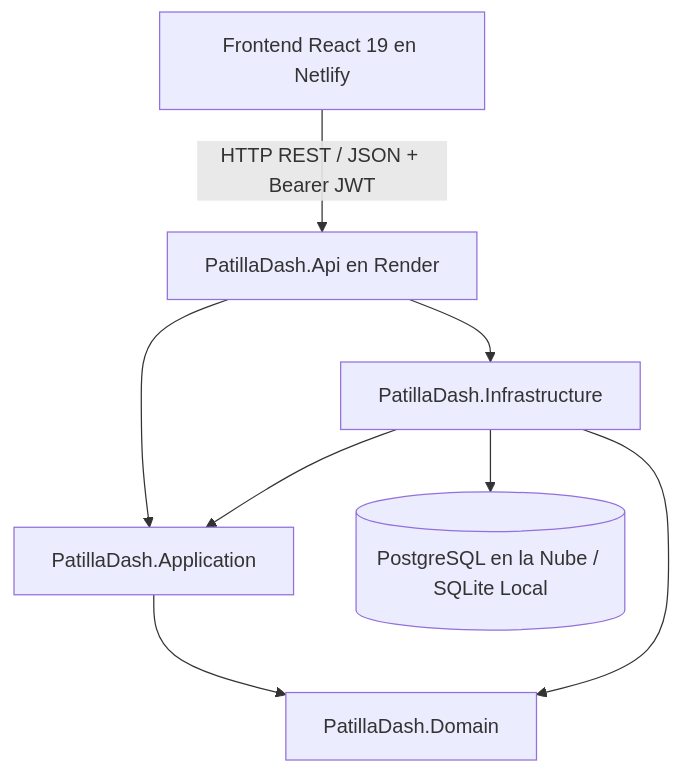
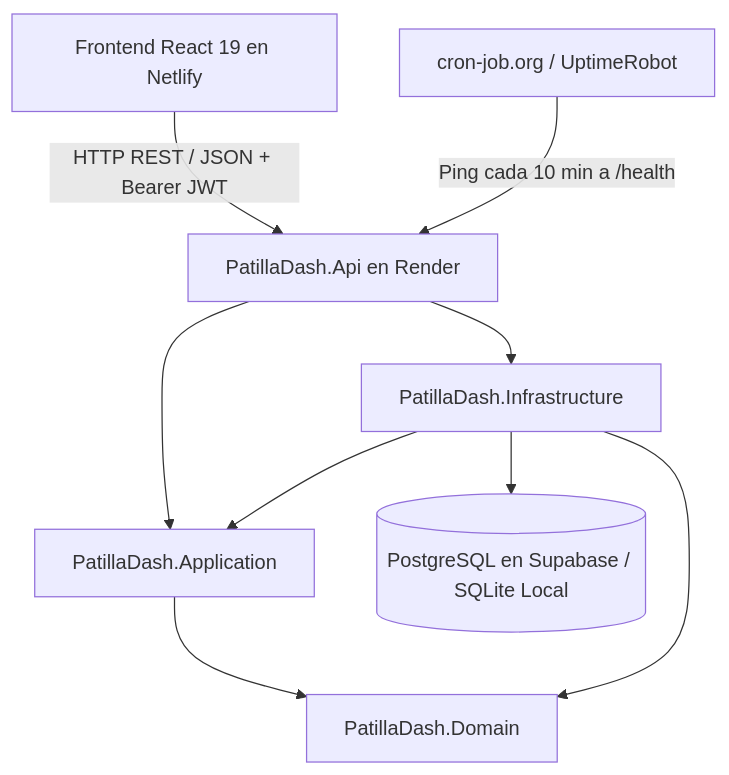
Before and after one commit to pachecoedgardo2006-coder/PatillaDash: the diagram in README.md, drawn with Mermaid. The commit also changed other lines of this file, not shown here.

Commit message:
docs: actualizar README con arquitectura /bin/bash de nube, keep-alive y guia de migracion de base de datos

````diff
--- a/README.md
+++ b/README.md
@@ -76,10 +78,11 @@
 ```mermaid
 graph TD
     Client[Frontend React 19 en Netlify] -->|HTTP REST / JSON + Bearer JWT| API[PatillaDash.Api en Render]
     API --> Application[PatillaDash.Application]
     API --> Infrastructure[PatillaDash.Infrastructure]
     Infrastructure --> Application
     Application --> Domain[PatillaDash.Domain]
     Infrastructure --> Domain
-    Infrastructure --> DB[(PostgreSQL en la Nube / SQLite Local)]
+    Infrastructure --> DB[(PostgreSQL en Supabase / SQLite Local)]
+    Cron[cron-job.org / UptimeRobot] -->|Ping cada 10 min a /health| API
 ```
````
